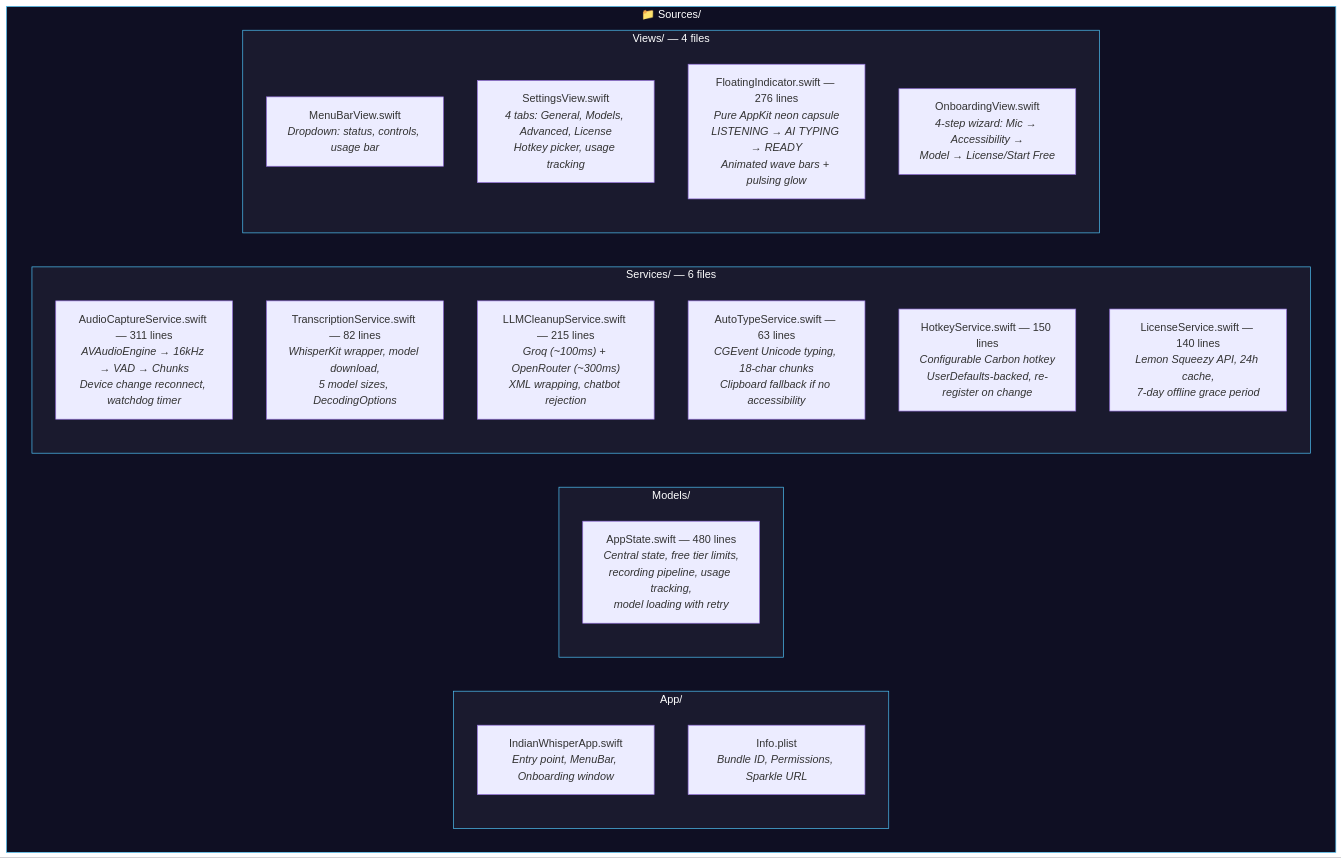
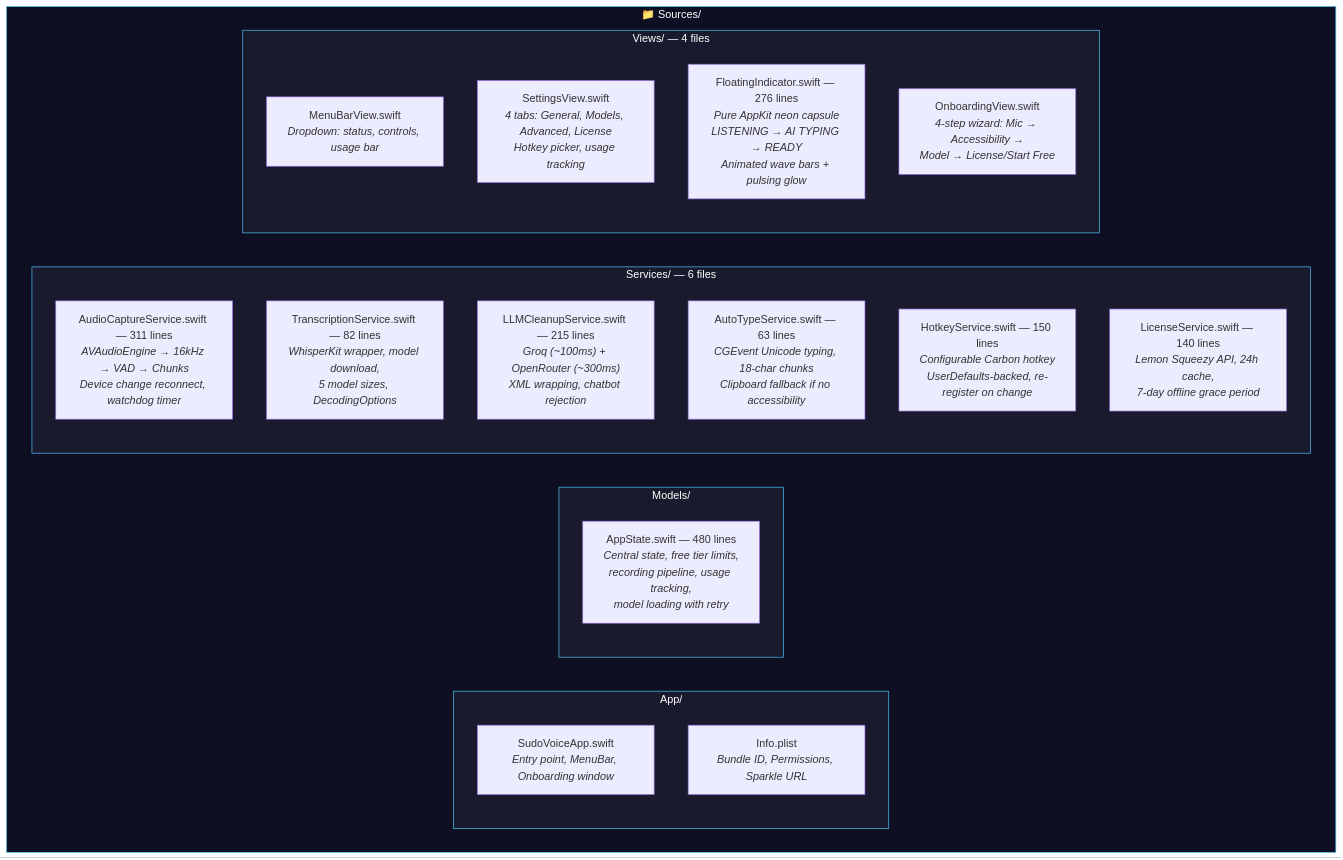
One commit to Sudo-vishal/sudo-voice changed the seventh of 17 diagrams in README.md. Above: the diagram before and after it, drawn with Mermaid. The commit also changed other lines of this file and 33 other files, not shown here.

First line of the commit message:
Rebrand IndianWhisper to SudoVoice

````diff
--- a/README.md
+++ b/README.md
@@ -233,32 +233,32 @@
 ```mermaid
 graph TD
     subgraph Sources["📁 Sources/"]
         subgraph App["App/"]
-            ENTRY["IndianWhisperApp.swift<br/><i>Entry point, MenuBar, Onboarding window</i>"]
+            ENTRY["SudoVoiceApp.swift<br/><i>Entry point, MenuBar, Onboarding window</i>"]
             PLIST["Info.plist<br/><i>Bundle ID, Permissions, Sparkle URL</i>"]
         end
         subgraph Models["Models/"]
             STATE["AppState.swift — 480 lines<br/><i>Central state, free tier limits,<br/>recording pipeline, usage tracking,<br/>model loading with retry</i>"]
         end
         subgraph Services["Services/ — 6 files"]
             AUDIO["AudioCaptureService.swift — 311 lines<br/><i>AVAudioEngine → 16kHz → VAD → Chunks<br/>Device change reconnect, watchdog timer</i>"]
             TRANS["TranscriptionService.swift — 82 lines<br/><i>WhisperKit wrapper, model download,<br/>5 model sizes, DecodingOptions</i>"]
             LLMS["LLMCleanupService.swift — 215 lines<br/><i>Groq (~100ms) + OpenRouter (~300ms)<br/>XML wrapping, chatbot rejection</i>"]
             ATYPE["AutoTypeService.swift — 63 lines<br/><i>CGEvent Unicode typing, 18-char chunks<br/>Clipboard fallback if no accessibility</i>"]
             HOTK["HotkeyService.swift — 150 lines<br/><i>Configurable Carbon hotkey<br/>UserDefaults-backed, re-register on change</i>"]
             LIC["LicenseService.swift — 140 lines<br/><i>Lemon Squeezy API, 24h cache,<br/>7-day offline grace period</i>"]
         end
         subgraph Views["Views/ — 4 files"]
             MENU["MenuBarView.swift<br/><i>Dropdown: status, controls, usage bar</i>"]
             SETTINGS["SettingsView.swift<br/><i>4 tabs: General, Models, Advanced, License<br/>Hotkey picker, usage tracking</i>"]
             FLOAT["FloatingIndicator.swift — 276 lines<br/><i>Pure AppKit neon capsule<br/>LISTENING → AI TYPING → READY<br/>Animated wave bars + pulsing glow</i>"]
             ONBOARD["OnboardingView.swift<br/><i>4-step wizard: Mic → Accessibility →<br/>Model → License/Start Free</i>"]
         end
     end
 
     style Sources fill:#0f0f23,stroke:#4fc3f7,color:#fff
     style App fill:#1a1a2e,stroke:#4fc3f7,color:#fff
     style Models fill:#1a1a2e,stroke:#4fc3f7,color:#fff
     style Services fill:#1a1a2e,stroke:#4fc3f7,color:#fff
     style Views fill:#1a1a2e,stroke:#4fc3f7,color:#fff
 ```
````
